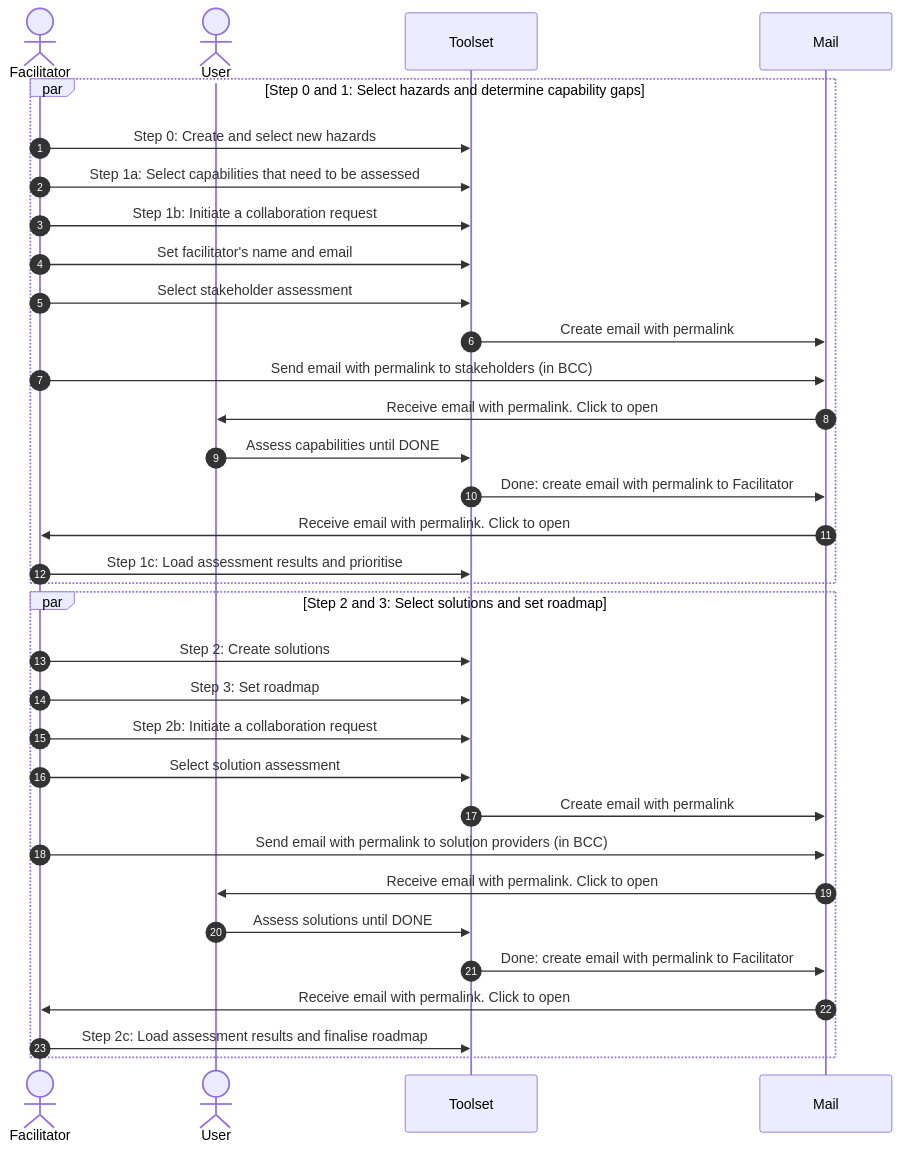
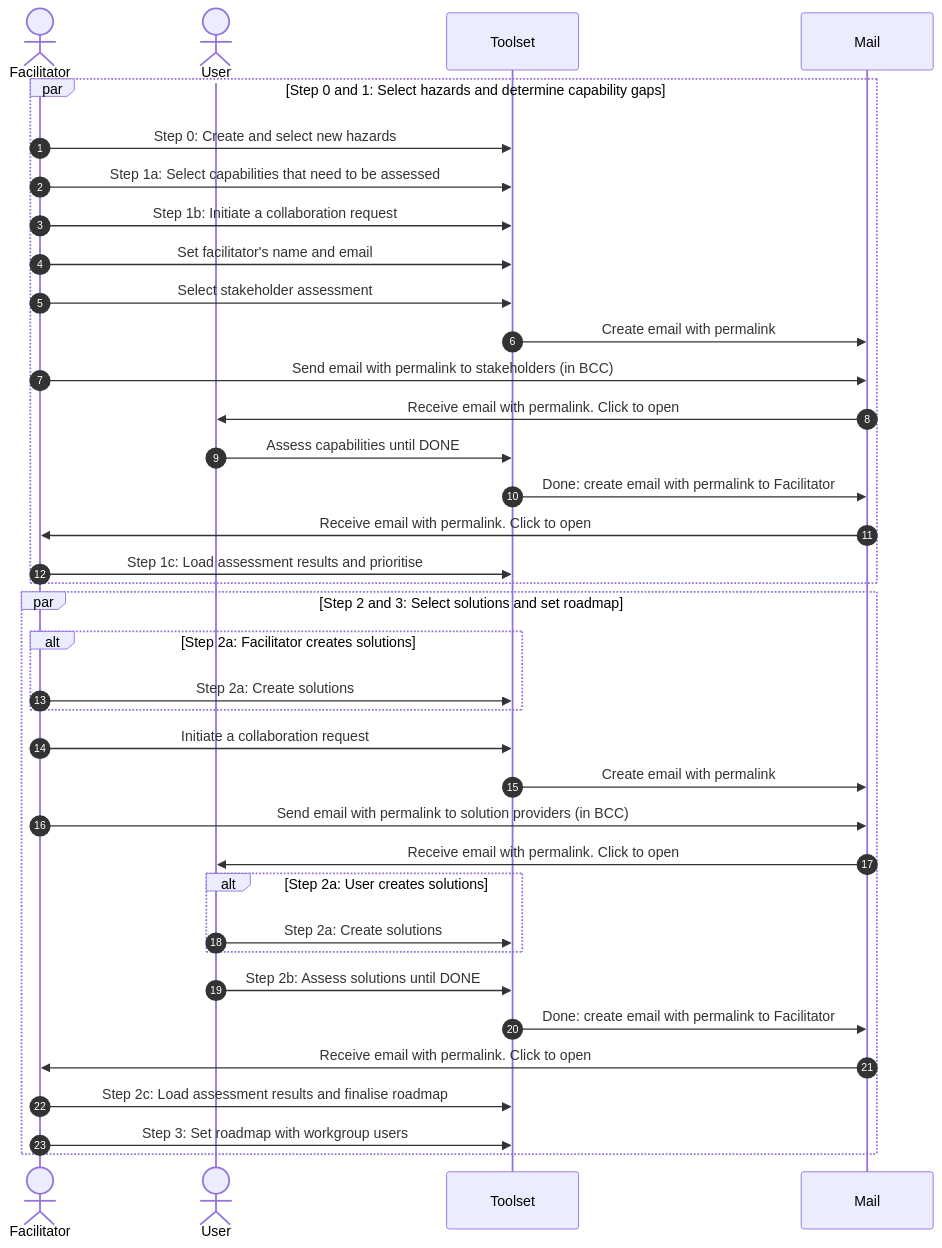
One commit to DIREKTION-EU/DASF-toolset changed the diagram in packages/gui/collaboration.md. Above: the diagram before and after it, drawn with Mermaid. The commit also changed 3 other files, not shown here.

````diff
--- a/packages/gui/collaboration.md
+++ b/packages/gui/collaboration.md
@@ -11,37 +11,40 @@
 ```mermaid
 sequenceDiagram
     autonumber
     actor Facilitator
     actor User
     participant Toolset
     participant Mail
 
     par Step 0 and 1: Select hazards and determine capability gaps
         Facilitator ->> Toolset: Step 0: Create and select new hazards
         Facilitator ->> Toolset: Step 1a: Select capabilities that need to be assessed
         Facilitator ->> Toolset: Step 1b: Initiate a collaboration request
         Facilitator ->> Toolset: Set facilitator's name and email
         Facilitator ->> Toolset: Select stakeholder assessment
         Toolset ->> Mail: Create email with permalink
         Facilitator ->> Mail: Send email with permalink to stakeholders (in BCC)
         Mail ->> User: Receive email with permalink. Click to open
         User ->> Toolset: Assess capabilities until DONE
         Toolset ->> Mail: Done: create email with permalink to Facilitator
         Mail ->> Facilitator: Receive email with permalink. Click to open
         Facilitator ->> Toolset: Step 1c: Load assessment results and prioritise
     end
     par Step 2 and 3: Select solutions and set roadmap
-        Facilitator ->> Toolset: Step 2: Create solutions
-        Facilitator ->> Toolset: Step 3: Set roadmap
-        Facilitator ->> Toolset: Step 2b: Initiate a collaboration request
-        Facilitator ->> Toolset: Select solution assessment
+        alt Step 2a: Facilitator creates solutions
+            Facilitator ->> Toolset: Step 2a: Create solutions
+        end
+        Facilitator ->> Toolset: Initiate a collaboration request
         Toolset ->> Mail: Create email with permalink
         Facilitator ->> Mail: Send email with permalink to solution providers (in BCC)
         Mail ->> User: Receive email with permalink. Click to open
-        User ->> Toolset: Assess solutions until DONE
+        alt Step 2a: User creates solutions
+            User ->> Toolset: Step 2a: Create solutions
+        end
+        User ->> Toolset: Step 2b: Assess solutions until DONE
         Toolset ->> Mail: Done: create email with permalink to Facilitator
         Mail ->> Facilitator: Receive email with permalink. Click to open
         Facilitator ->> Toolset: Step 2c: Load assessment results and finalise roadmap
+        Facilitator ->> Toolset: Step 3: Set roadmap with workgroup users
     end
-    
 ```
````
